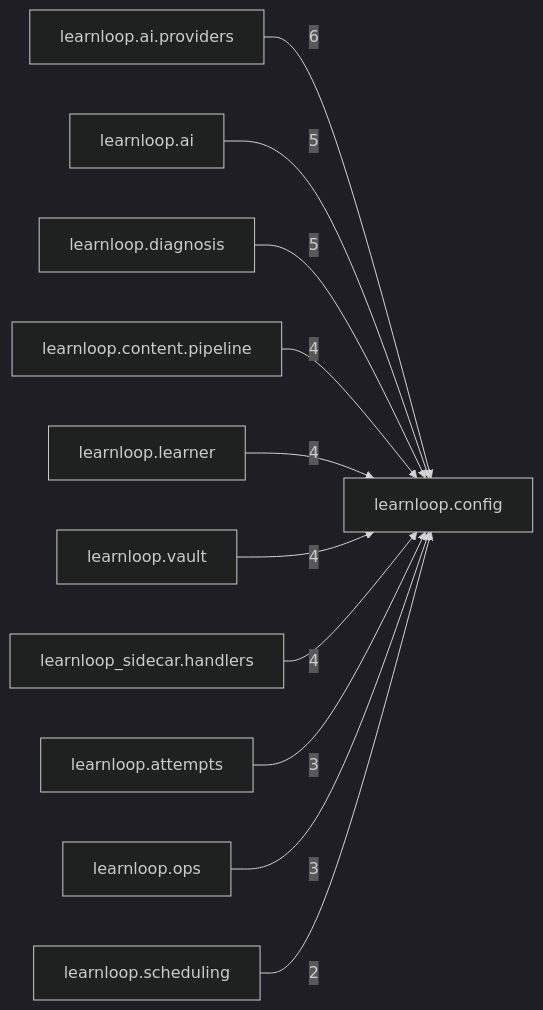
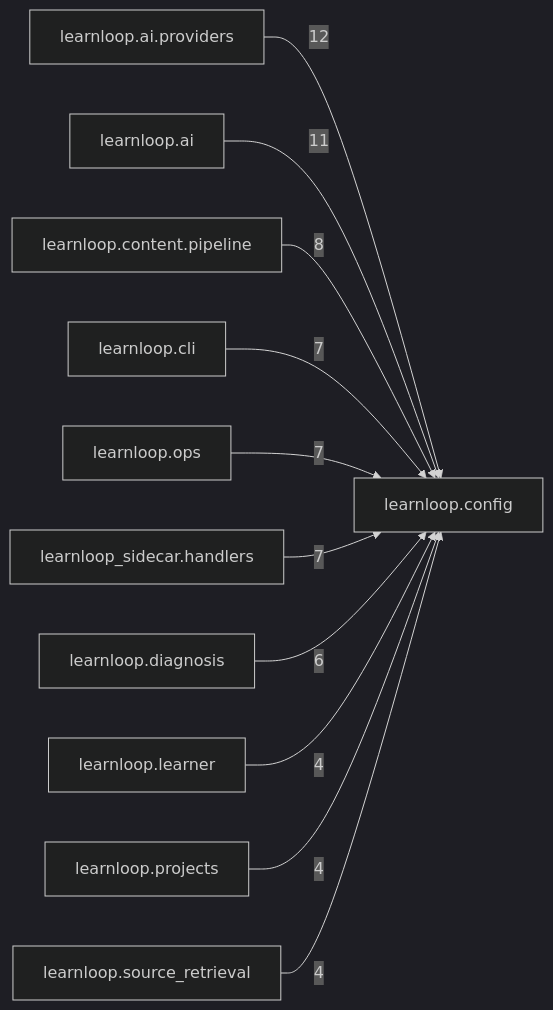
The diagram in docs/learnloop-architecture-vault/Reference/Modules/learnloop/config/_package.md (6up-b/learnanything), drawn with Mermaid (dark theme) before and after one commit. The commit also changed other lines of this file and 1202 other files, not shown here.

````diff
--- a/docs/learnloop-architecture-vault/Reference/Modules/learnloop/config/_package.md
+++ b/docs/learnloop-architecture-vault/Reference/Modules/learnloop/config/_package.md
@@ -88,24 +105,24 @@
 ```mermaid
 flowchart LR
     center["learnloop.config"]
     n_learnloop_ai_providers["learnloop.ai.providers"]
     n_learnloop_ai["learnloop.ai"]
+    n_learnloop_content_pipeline["learnloop.content.pipeline"]
+    n_learnloop_cli["learnloop.cli"]
+    n_learnloop_ops["learnloop.ops"]
+    n_learnloop_sidecar_handlers["learnloop_sidecar.handlers"]
     n_learnloop_diagnosis["learnloop.diagnosis"]
-    n_learnloop_content_pipeline["learnloop.content.pipeline"]
     n_learnloop_learner["learnloop.learner"]
-    n_learnloop_vault["learnloop.vault"]
-    n_learnloop_sidecar_handlers["learnloop_sidecar.handlers"]
-    n_learnloop_attempts["learnloop.attempts"]
-    n_learnloop_ops["learnloop.ops"]
-    n_learnloop_scheduling["learnloop.scheduling"]
-    n_learnloop_ai_providers -->|6| center
-    n_learnloop_ai -->|5| center
-    n_learnloop_diagnosis -->|5| center
-    n_learnloop_content_pipeline -->|4| center
+    n_learnloop_projects["learnloop.projects"]
+    n_learnloop_source_retrieval["learnloop.source_retrieval"]
+    n_learnloop_ai_providers -->|12| center
+    n_learnloop_ai -->|11| center
+    n_learnloop_content_pipeline -->|8| center
+    n_learnloop_cli -->|7| center
+    n_learnloop_ops -->|7| center
+    n_learnloop_sidecar_handlers -->|7| center
+    n_learnloop_diagnosis -->|6| center
     n_learnloop_learner -->|4| center
-    n_learnloop_vault -->|4| center
-    n_learnloop_sidecar_handlers -->|4| center
-    n_learnloop_attempts -->|3| center
-    n_learnloop_ops -->|3| center
-    n_learnloop_scheduling -->|2| center
+    n_learnloop_projects -->|4| center
+    n_learnloop_source_retrieval -->|4| center
 ```
````
